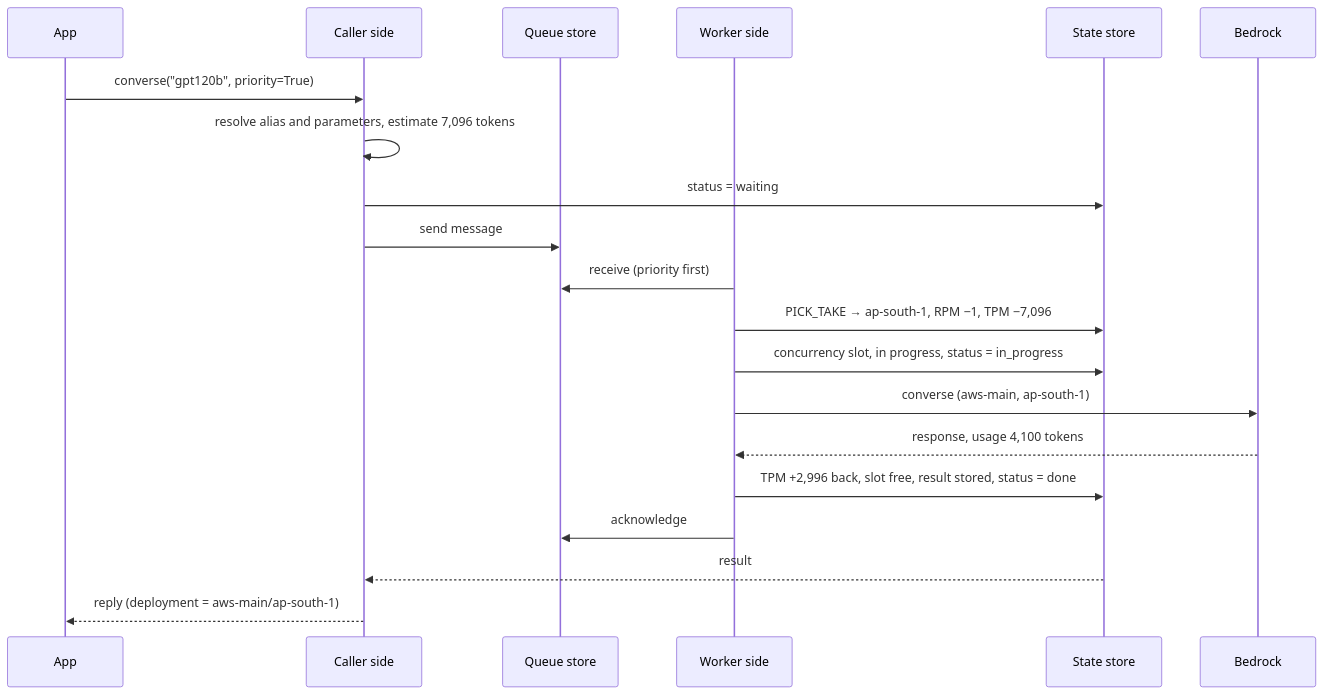
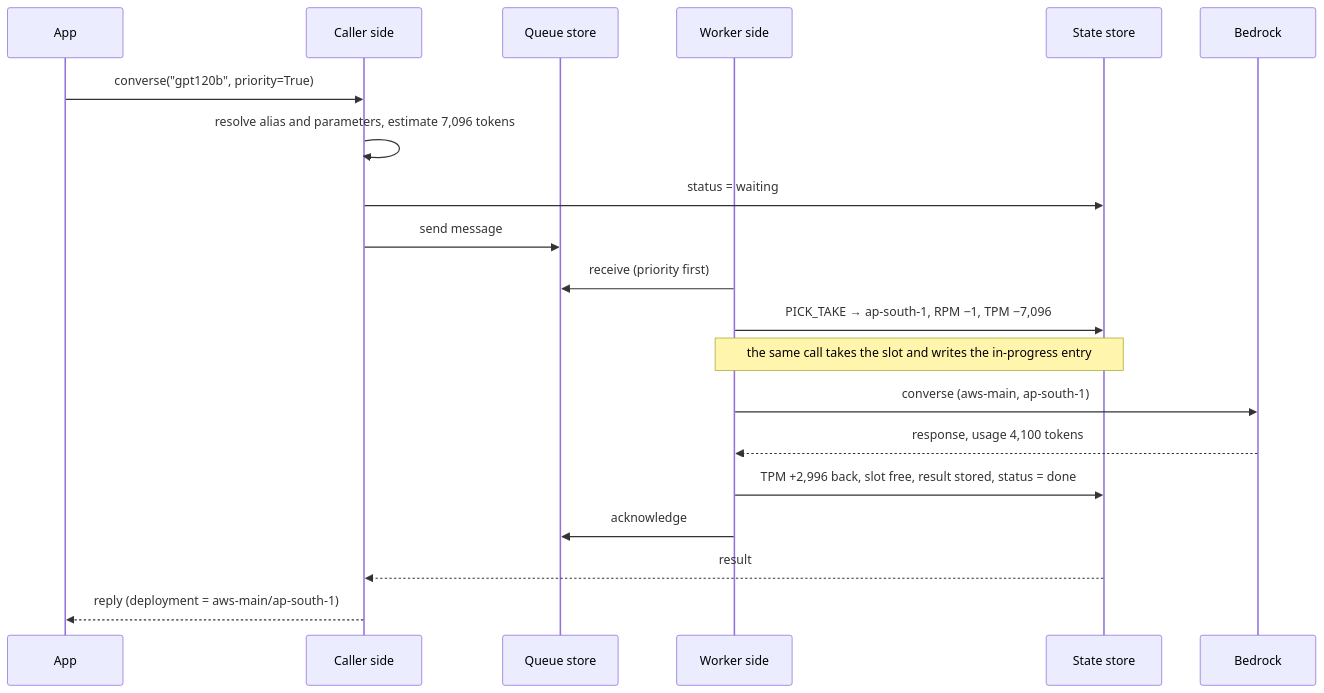
One commit to techiewonk/taskiq-llm-queue changed the second of 2 diagrams in docs/ACCOUNT_ROUTING_WALKTHROUGH.md. Above: the diagram before and after it, drawn with Mermaid. The commit also changed other lines of this file and 1 other file, not shown here.

First line of the commit message:
Plan: performance section, held head call, one admission round trip

````diff
--- a/docs/ACCOUNT_ROUTING_WALKTHROUGH.md
+++ b/docs/ACCOUNT_ROUTING_WALKTHROUGH.md
@@ -361,22 +366,22 @@
 ```mermaid
 sequenceDiagram
   participant App
   participant C as Caller side
   participant Q as Queue store
   participant W as Worker side
   participant S as State store
   participant B as Bedrock
   App->>C: converse("gpt120b", priority=True)
   C->>C: resolve alias and parameters, estimate 7,096 tokens
   C->>S: status = waiting
   C->>Q: send message
   W->>Q: receive (priority first)
   W->>S: PICK_TAKE → ap-south-1, RPM −1, TPM −7,096
-  W->>S: concurrency slot, in progress, status = in_progress
+  Note over W,S: the same call takes the slot and writes the in-progress entry
   W->>B: converse (aws-main, ap-south-1)
   B-->>W: response, usage 4,100 tokens
   W->>S: TPM +2,996 back, slot free, result stored, status = done
   W->>Q: acknowledge
   S-->>C: result
   C-->>App: reply (deployment = aws-main/ap-south-1)
 ```
````
